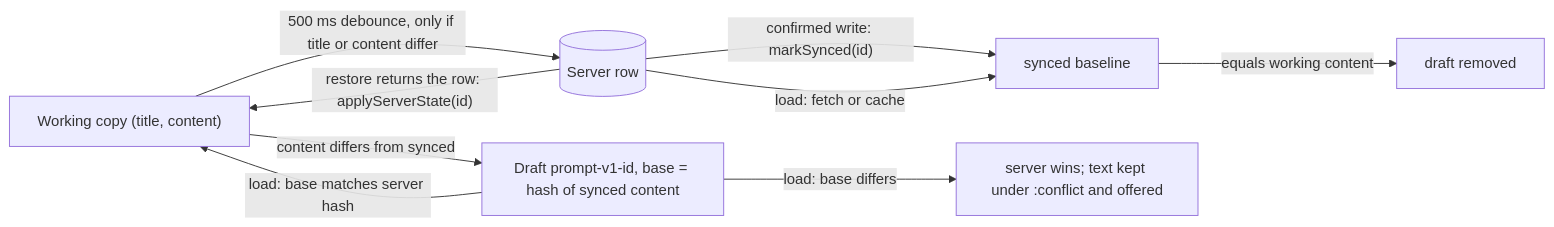
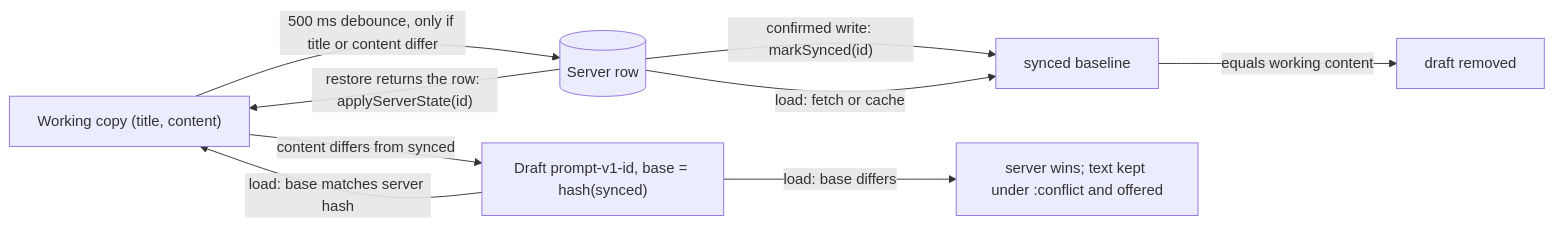
One commit to abuklea/prompthub changed the diagram in PRPs/P7S1-editor-data-integrity.md. Above: the diagram before and after it, drawn with Mermaid. The commit also changed other lines of this file and 5 other files, not shown here.

````diff
--- a/PRPs/P7S1-editor-data-integrity.md
+++ b/PRPs/P7S1-editor-data-integrity.md
@@ -199,11 +232,11 @@
 ```mermaid
 flowchart LR
-  W["Working copy (title, content)"] -- "content differs from synced" --> D["Draft prompt-v1-id, base = hash of synced content"]
+  W["Working copy (title, content)"] -- "content differs from synced" --> D["Draft prompt-v1-id, base = hash(synced)"]
   W -- "500 ms debounce, only if title or content differ" --> S[("Server row")]
   S -- "confirmed write: markSynced(id)" --> B["synced baseline"]
   B -- "equals working content" --> X["draft removed"]
   S -- "load: fetch or cache" --> B
   D -- "load: base matches server hash" --> W
   D -- "load: base differs" --> C["server wins; text kept under :conflict and offered"]
   S -- "restore returns the row: applyServerState(id)" --> W
 ```
````
